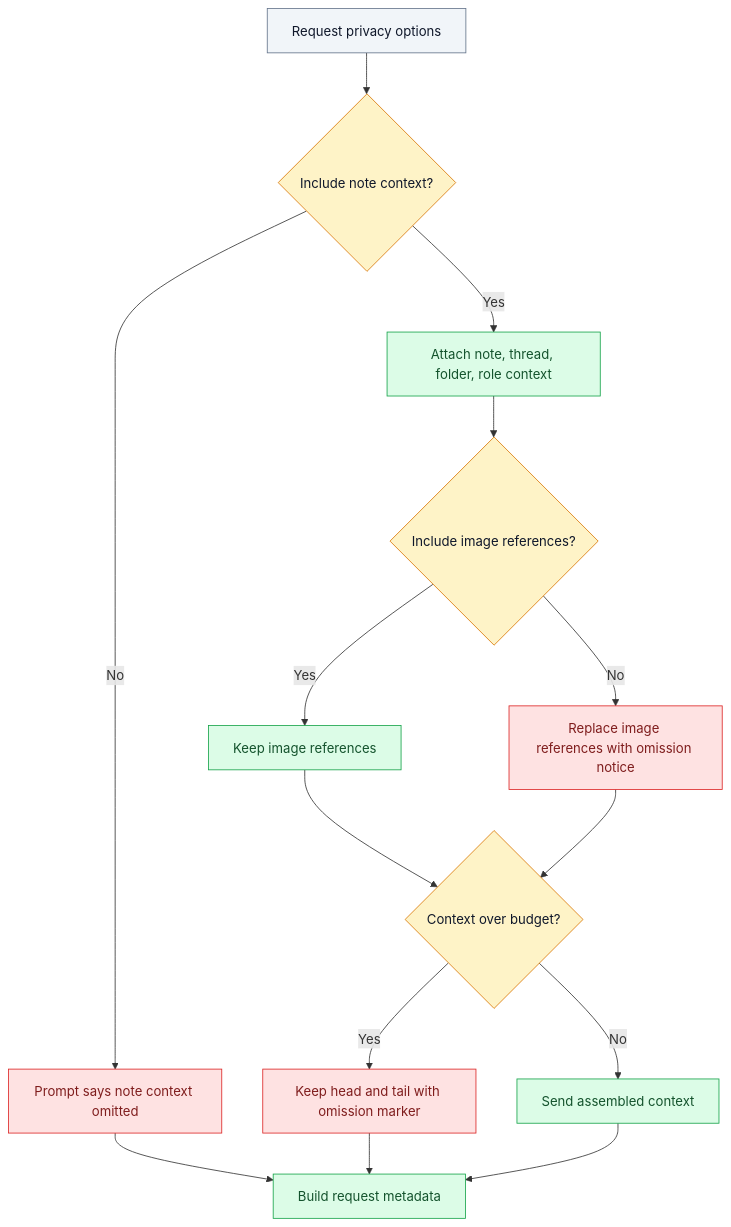
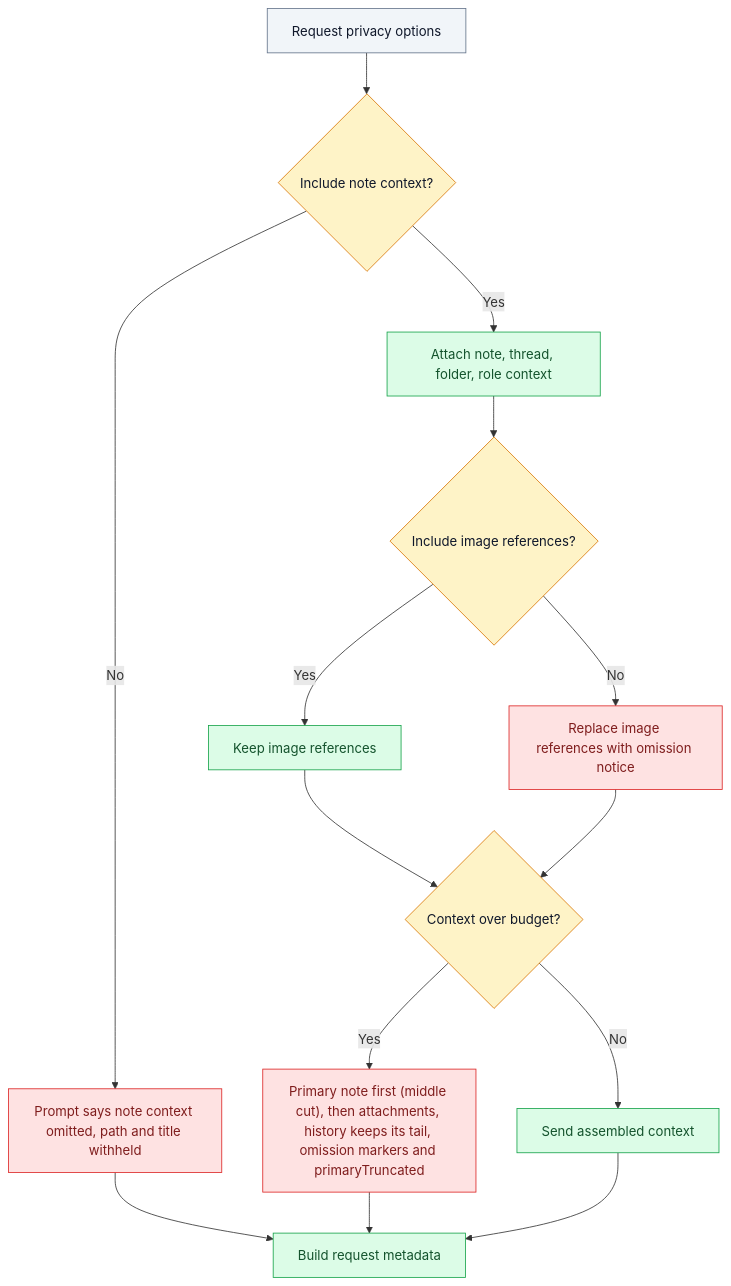
One commit to CodeWithBehnam/askmate changed the third of 5 diagrams in DigVis/06-decision-trees.md. Above: the diagram before and after it, drawn with Mermaid. The commit also changed other lines of this file and 88 other files, not shown here.

````diff
--- a/DigVis/06-decision-trees.md
+++ b/DigVis/06-decision-trees.md
@@ -72,27 +75,27 @@
 ```mermaid
 flowchart TD
   Privacy["Request privacy options"] --> IncludeNote{"Include note context?"}
   IncludeNote -- "Yes" --> Attach["Attach note, thread, folder, role context"]
-  IncludeNote -- "No" --> Omit["Prompt says note context omitted"]
+  IncludeNote -- "No" --> Omit["Prompt says note context omitted, path and title withheld"]
   Attach --> IncludeImages{"Include image references?"}
   IncludeImages -- "Yes" --> KeepImages["Keep image references"]
   IncludeImages -- "No" --> StripImages["Replace image references with omission notice"]
   KeepImages --> Budget{"Context over budget?"}
   StripImages --> Budget
-  Budget -- "Yes" --> Truncate["Keep head and tail with omission marker"]
+  Budget -- "Yes" --> Truncate["Primary note first (middle cut), then attachments, history keeps its tail, omission markers and primaryTruncated"]
   Budget -- "No" --> Full["Send assembled context"]
   Omit --> Request["Build request metadata"]
   Truncate --> Request
   Full --> Request
 
   classDef decision fill:#FEF3C7,stroke:#D97706,color:#0F172A
   classDef yes fill:#DCFCE7,stroke:#16A34A,color:#14532D
   classDef no fill:#FEE2E2,stroke:#DC2626,color:#7F1D1D
   classDef config fill:#F1F5F9,stroke:#64748B,color:#0F172A
   classDef core fill:#E0F2FE,stroke:#0284C7,color:#0F172A
 
   class IncludeNote,IncludeImages,Budget decision
   class Attach,KeepImages,Full,Request yes
   class Omit,StripImages,Truncate no
   class Privacy config
 ```
````
